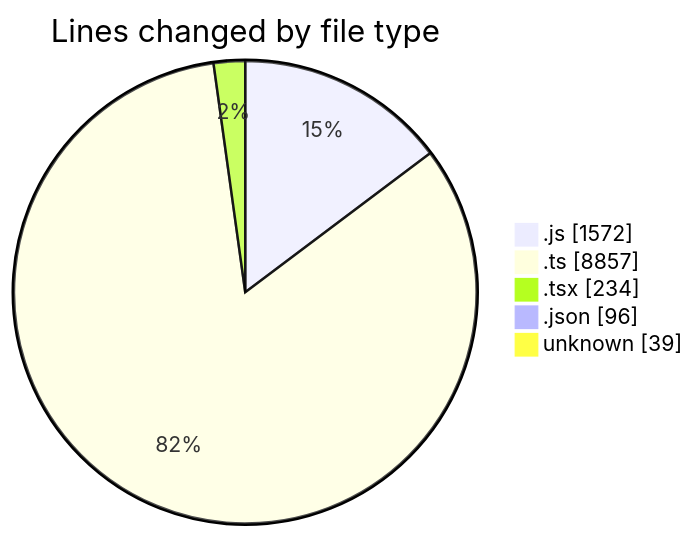
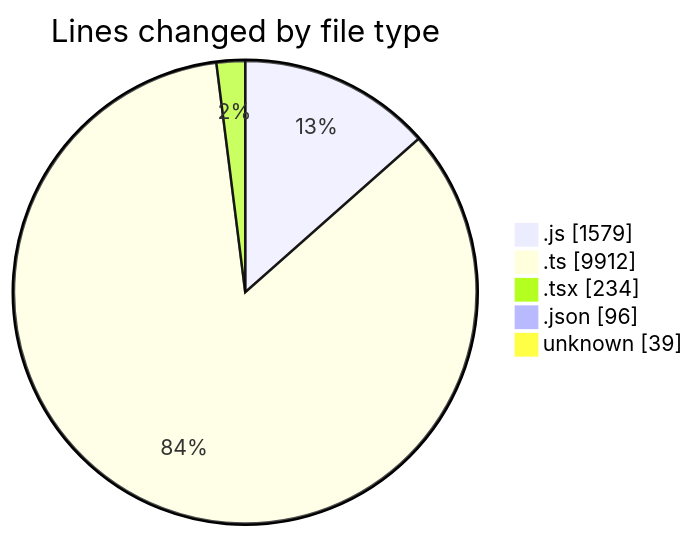
One commit to momahboobian/code-tracking changed the first of 2 diagrams in 2025-05-14/cda/README.md. Above: the diagram before and after it, drawn with Mermaid. The commit also changed other lines of this file and 1 other file, not shown here.

````diff
--- a/2025-05-14/cda/README.md
+++ b/2025-05-14/cda/README.md
@@ -30,9 +30,9 @@
 ```mermaid
 pie showData
 title Lines changed by file type
-".js" : 1572
-".ts" : 8857
+".js" : 1579
+".ts" : 9912
 ".tsx" : 234
 ".json" : 96
 "unknown" : 39
 ```
````
